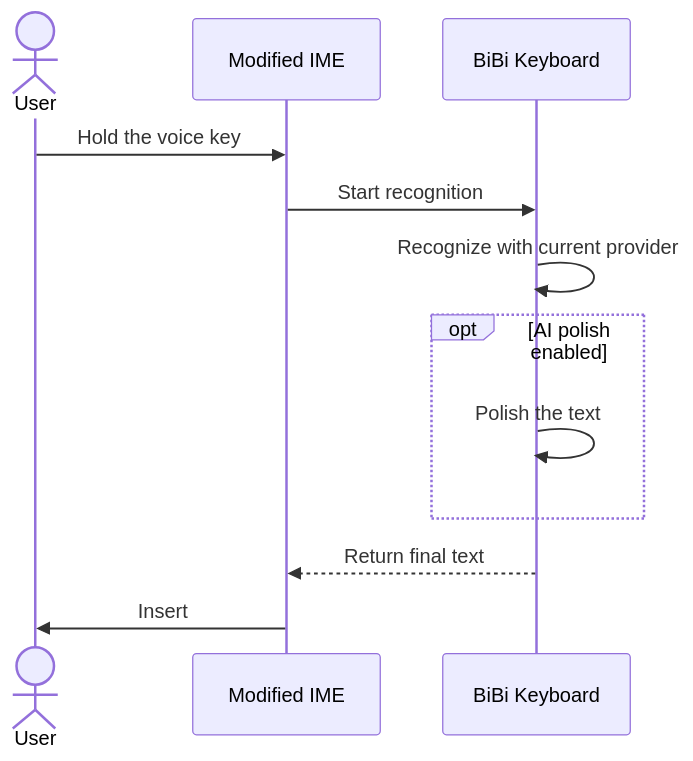
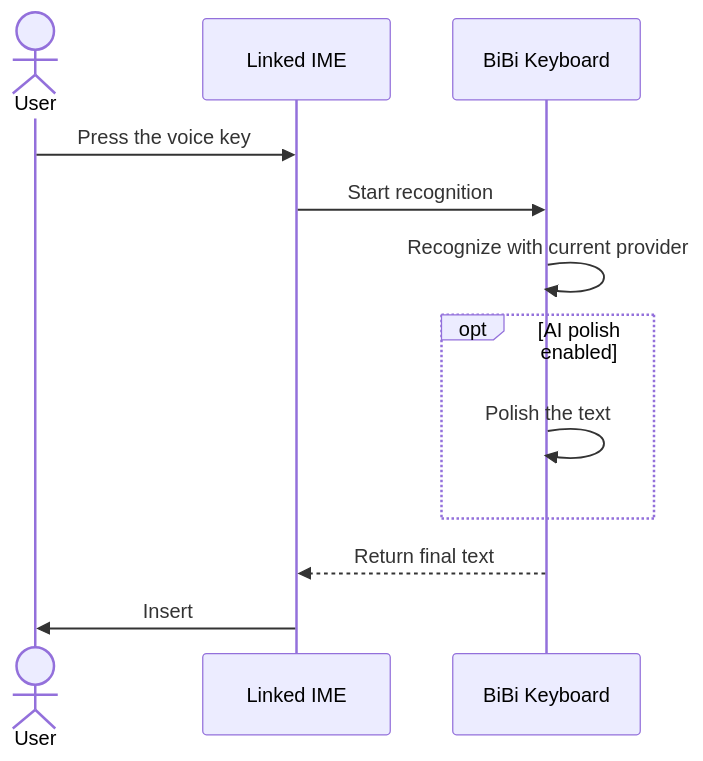
Before and after one commit to BryceWG/BiBi-Keyboard-Docs: the first of 2 diagrams in en/advanced/aidl-integration.md, drawn with Mermaid. The commit also changed other lines of this file and 44 other files, not shown here.

````diff
--- a/en/advanced/aidl-integration.md
+++ b/en/advanced/aidl-integration.md
@@ -9,14 +16,14 @@
 ```mermaid
 sequenceDiagram
   actor User as User
-  participant Ime as Modified IME
+  participant Ime as Linked IME
   participant Bibi as BiBi Keyboard
-  User->>Ime: Hold the voice key
+  User->>Ime: Press the voice key
   Ime->>Bibi: Start recognition
   Bibi->>Bibi: Recognize with current provider
   opt AI polish enabled
     Bibi->>Bibi: Polish the text
   end
   Bibi-->>Ime: Return final text
   Ime->>User: Insert
 ```
````
